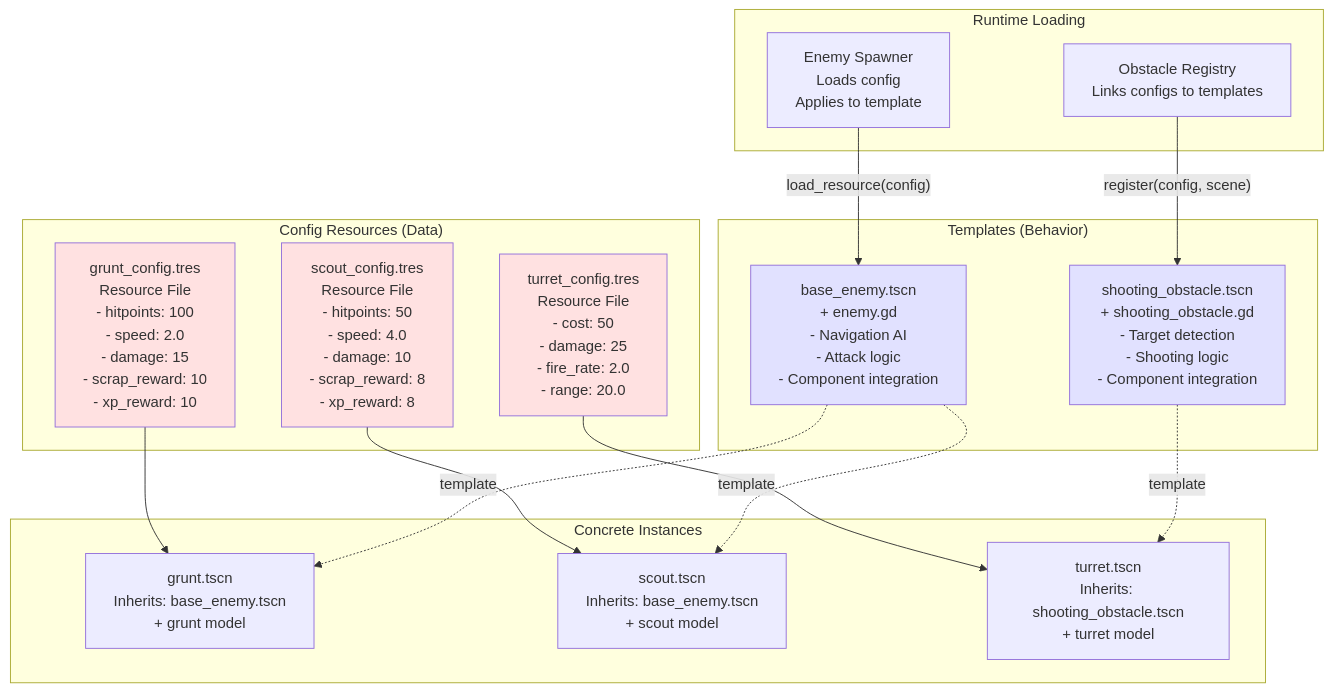
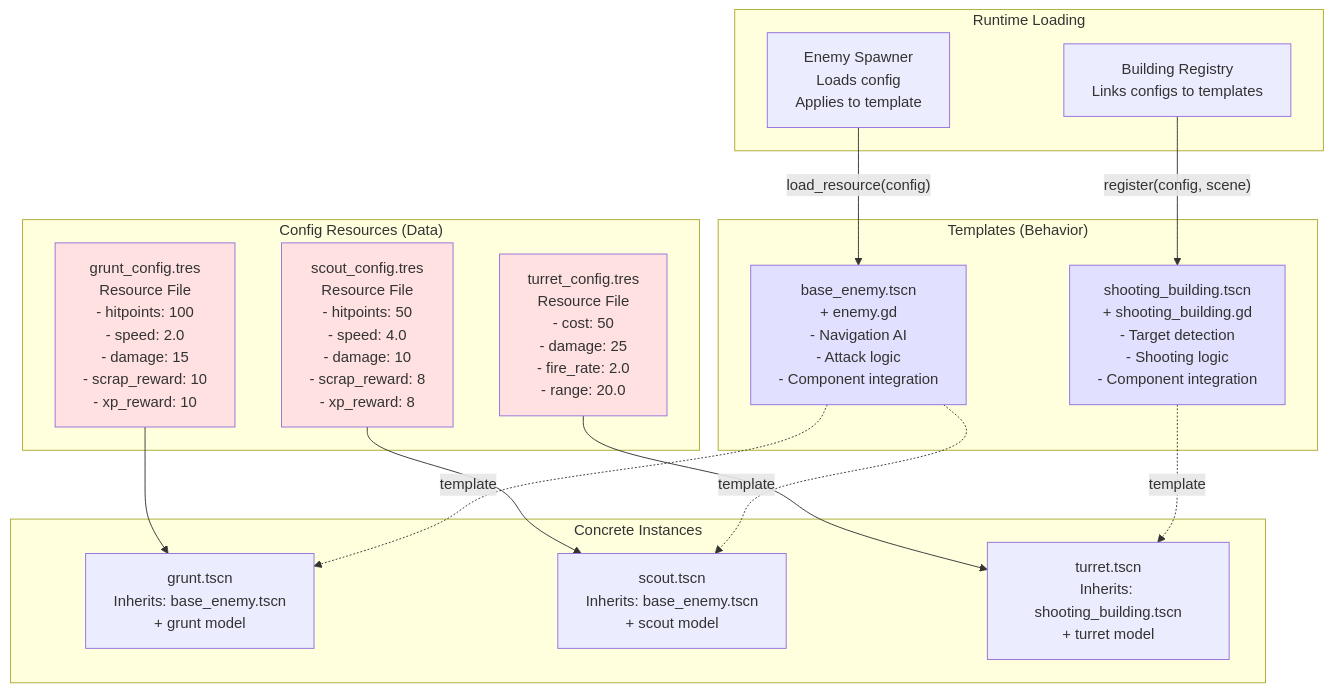
The fifth of 8 diagrams in docs/ARCHITECTURE.md (saebyn/godot-tower-defense), drawn with Mermaid before and after one commit. The commit also changed other lines of this file and 78 other files, not shown here.

````diff
--- a/docs/ARCHITECTURE.md
+++ b/docs/ARCHITECTURE.md
@@ -334,46 +334,46 @@
 ```mermaid
 graph TB
     subgraph "Config Resources (Data)"
         GruntConfig[grunt_config.tres<br/>Resource File<br/>- hitpoints: 100<br/>- speed: 2.0<br/>- damage: 15<br/>- scrap_reward: 10<br/>- xp_reward: 10]
         
         ScoutConfig[scout_config.tres<br/>Resource File<br/>- hitpoints: 50<br/>- speed: 4.0<br/>- damage: 10<br/>- scrap_reward: 8<br/>- xp_reward: 8]
         
         TurretConfig[turret_config.tres<br/>Resource File<br/>- cost: 50<br/>- damage: 25<br/>- fire_rate: 2.0<br/>- range: 20.0]
     end
     
     subgraph "Templates (Behavior)"
         BaseEnemy[base_enemy.tscn<br/>+ enemy.gd<br/>- Navigation AI<br/>- Attack logic<br/>- Component integration]
         
-        ShootingObstacle[shooting_obstacle.tscn<br/>+ shooting_obstacle.gd<br/>- Target detection<br/>- Shooting logic<br/>- Component integration]
+        ShootingBuilding[shooting_building.tscn<br/>+ shooting_building.gd<br/>- Target detection<br/>- Shooting logic<br/>- Component integration]
     end
     
     subgraph "Concrete Instances"
         Grunt[grunt.tscn<br/>Inherits: base_enemy.tscn<br/>+ grunt model]
         
         Scout[scout.tscn<br/>Inherits: base_enemy.tscn<br/>+ scout model]
         
-        Turret[turret.tscn<br/>Inherits: shooting_obstacle.tscn<br/>+ turret model]
+        Turret[turret.tscn<br/>Inherits: shooting_building.tscn<br/>+ turret model]
     end
     
     subgraph "Runtime Loading"
         Spawner[Enemy Spawner<br/>Loads config<br/>Applies to template]
-        Registry[Obstacle Registry<br/>Links configs to templates]
+        Registry[Building Registry<br/>Links configs to templates]
     end
     
     GruntConfig --> Grunt
     ScoutConfig --> Scout
     TurretConfig --> Turret
     
     BaseEnemy -.template.-> Grunt
     BaseEnemy -.template.-> Scout
-    ShootingObstacle -.template.-> Turret
+    ShootingBuilding -.template.-> Turret
     
     Spawner -- "load_resource(config)" --> BaseEnemy
-    Registry -- "register(config, scene)" --> ShootingObstacle
+    Registry -- "register(config, scene)" --> ShootingBuilding
     
     style GruntConfig fill:#ffe1e1
     style ScoutConfig fill:#ffe1e1
     style TurretConfig fill:#ffe1e1
     style BaseEnemy fill:#e1e1ff
-    style ShootingObstacle fill:#e1e1ff
+    style ShootingBuilding fill:#e1e1ff
 ```
````
